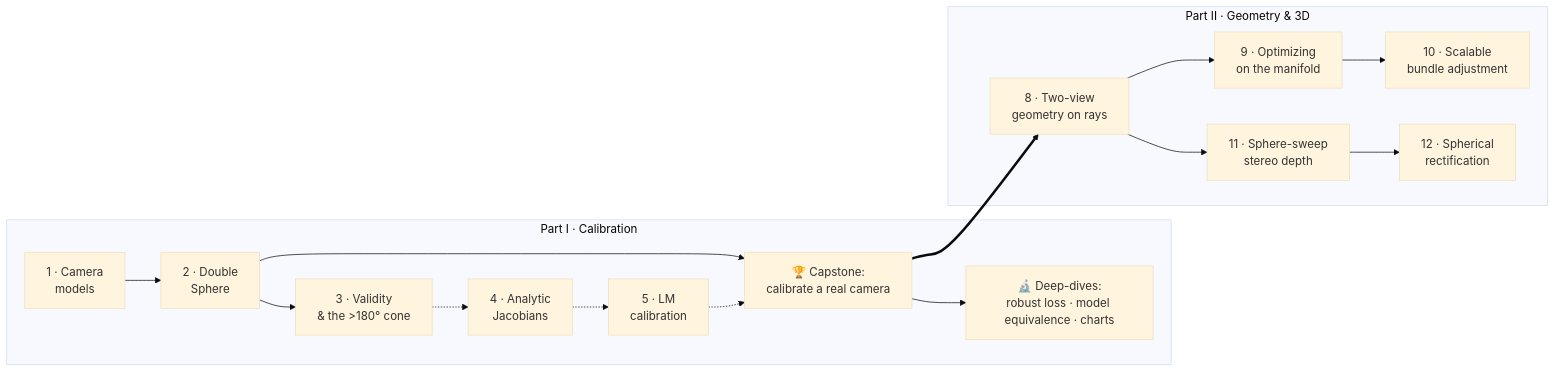
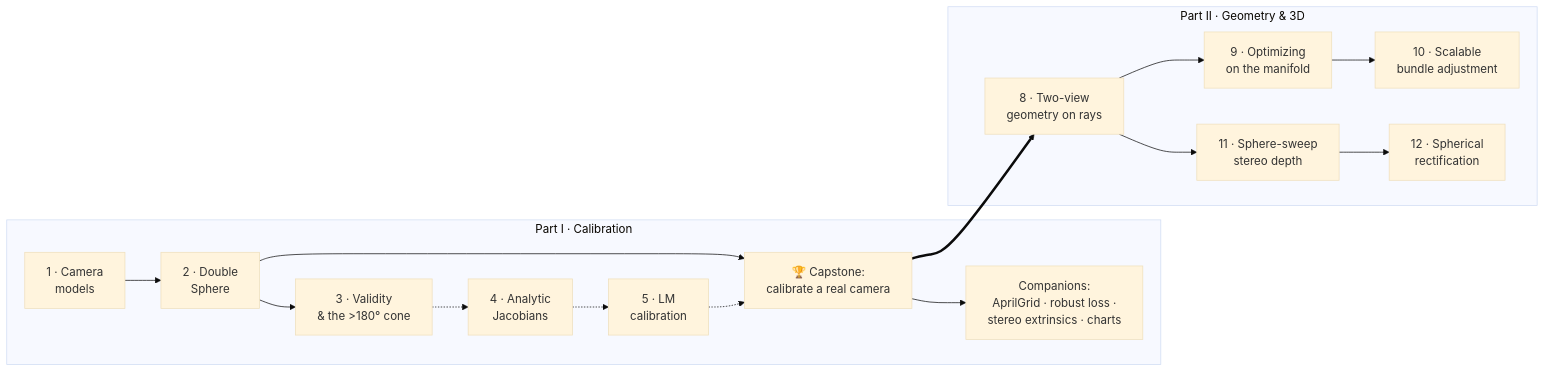
The diagram in docs/learn/README.md (Munna-Manoj/DS-MSP), drawn with Mermaid (base theme) before and after one commit. The commit also changed other lines of this file and 16 other files, not shown here.

````diff
--- a/docs/learn/README.md
+++ b/docs/learn/README.md
@@ -46,19 +49,19 @@
 ```mermaid
 graph LR
     subgraph PI["Part I · Calibration"]
         A1["1 · Camera<br/>models"] --> A2["2 · Double<br/>Sphere"]
         A2 --> A3["3 · Validity<br/>& the >180° cone"]
         A2 --> CAP["🏆 Capstone:<br/>calibrate a real camera"]
         A3 -.-> A4["4 · Analytic<br/>Jacobians"]
         A4 -.-> A5["5 · LM<br/>calibration"]
         A5 -.-> CAP
-        CAP --> DD["🔬 Deep-dives:<br/>robust loss · model equivalence · charts"]
+        CAP --> DD["Companions:<br/>AprilGrid · robust loss ·<br/>stereo extrinsics · charts"]
     end
     subgraph PII["Part II · Geometry &amp; 3D"]
         B8["8 · Two-view<br/>geometry on rays"] --> B9["9 · Optimizing<br/>on the manifold"]
         B9 --> B10["10 · Scalable<br/>bundle adjustment"]
         B8 --> B11["11 · Sphere-sweep<br/>stereo depth"]
         B11 --> B12["12 · Spherical<br/>rectification"]
     end
     CAP ==> B8
 ```
````
